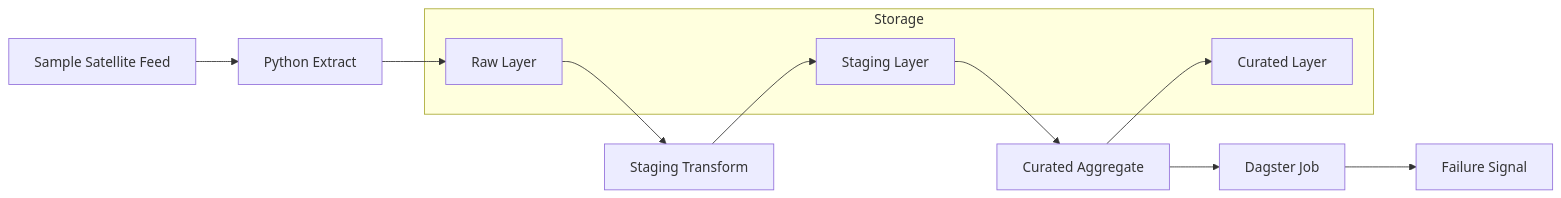
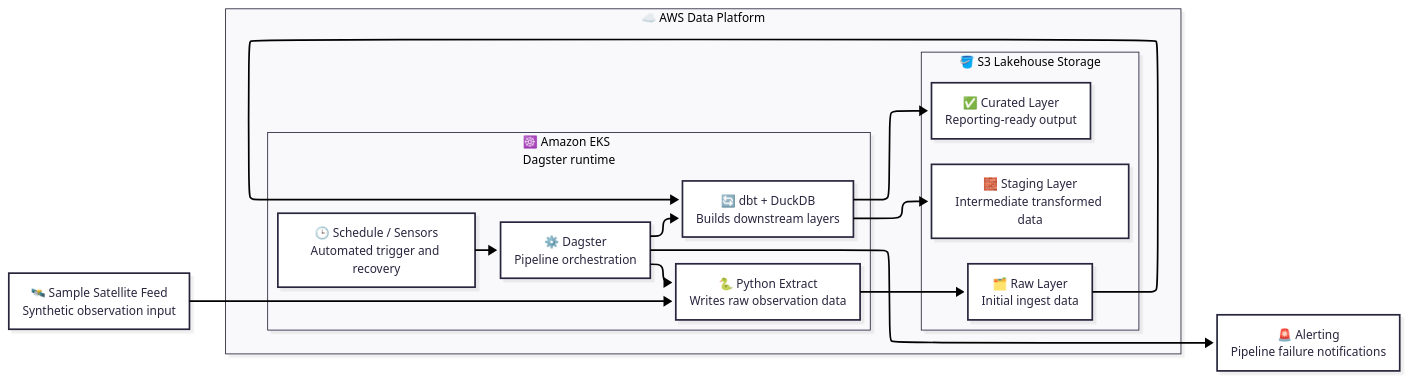
Before and after one commit to BranfordTGbieor/hydrosat-data: the diagram in README.md, drawn with Mermaid. The commit also changed other lines of this file and 1 other file, not shown here.

Commit message:
Add checked-in Mermaid pipeline diagram

````diff
--- a/README.md
+++ b/README.md
@@ -51,17 +51,44 @@
 ```mermaid
+---
+config:
+  layout: elk
+  look: neo
+  theme: redux
+---
+
 flowchart LR
-  Feed[Sample Satellite Feed] --> Extract[Python Extract]
-  Extract --> Raw[Raw Layer]
-  Raw --> Stage[Staging Transform]
-  Stage --> Staging[Staging Layer]
-  Staging --> Curate[Curated Aggregate]
-  Curate --> Curated[Curated Layer]
-  Curate --> Dagster[Dagster Job]
-  Dagster --> Failure[Failure Signal]
 
-  subgraph Storage
-    Raw
-    Staging
-    Curated
+  Feed["🛰️ Sample Satellite Feed<br/>Synthetic observation input"]
+
+  subgraph AWS["☁️ AWS Data Platform"]
+    direction LR
+
+    subgraph EKS["☸️ Amazon EKS<br/>Dagster runtime"]
+      direction TB
+      Schedule["🕒 Schedule / Sensors<br/>Automated trigger and recovery"]
+      Dagster["⚙️ Dagster<br/>Pipeline orchestration"]
+      Extract["🐍 Python Extract<br/>Writes raw observation data"]
+      Transform["🔄 dbt + DuckDB<br/>Builds downstream layers"]
+
+      Schedule --> Dagster
+    end
+
+    subgraph Lakehouse["🪣 S3 Lakehouse Storage"]
+      direction LR
+      Raw["🗂️ Raw Layer<br/>Initial ingest data"]
+      Staging["🧱 Staging Layer<br/>Intermediate transformed data"]
+      Curated["✅ Curated Layer<br/>Reporting-ready output"]
+    end
   end
+
+  Alerting["🚨 Alerting<br/>Pipeline failure notifications"]
+
+  Feed --> Extract
+  Dagster --> Extract
+  Extract --> Raw
+  Raw --> Transform
+  Dagster --> Transform
+  Transform --> Staging
+  Transform --> Curated
+  Dagster --> Alerting
 ```
````
